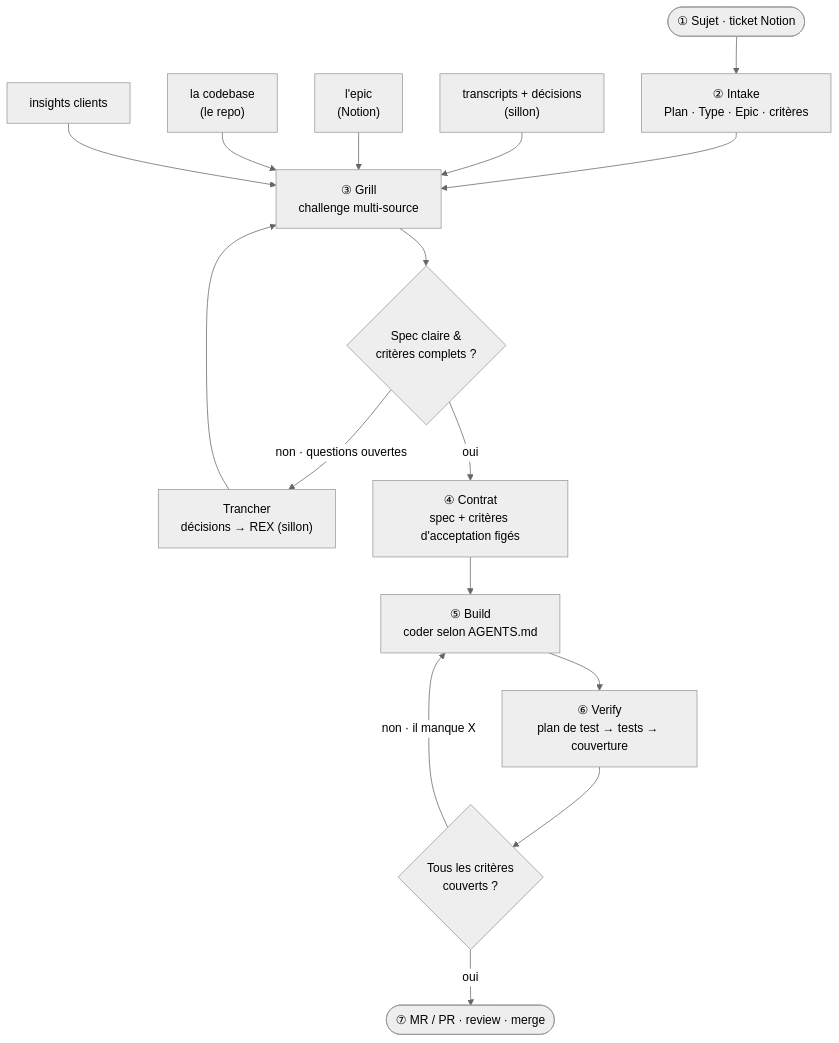
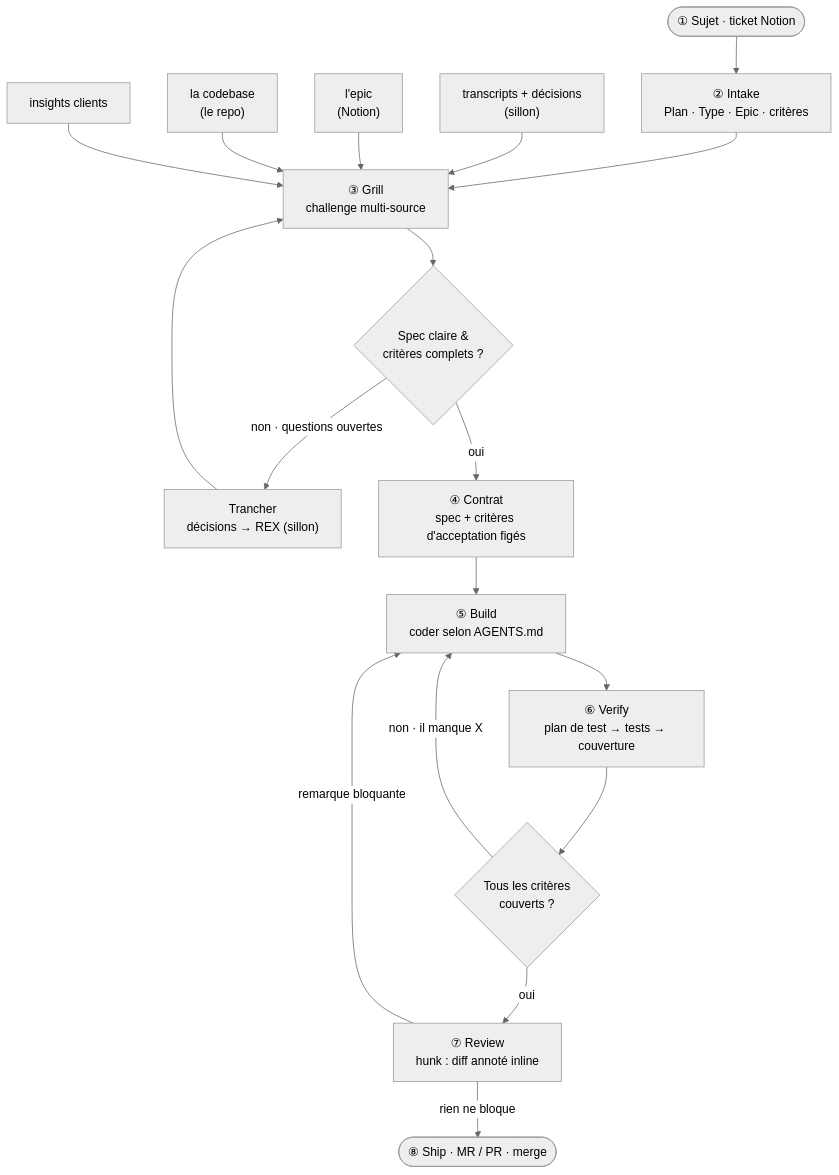
The diagram in WORKFLOW.md (Skayfa/dotfiles), drawn with Mermaid (neutral theme) before and after one commit. The commit also changed other lines of this file and 8 other files, not shown here.

First line of the commit message:
hunk: review-first diff viewer + inline agent annotations

````diff
--- a/WORKFLOW.md
+++ b/WORKFLOW.md
@@ -5,21 +5,23 @@
 ```mermaid
 flowchart TD
     A(["① Sujet · ticket Notion"]) --> B["② Intake<br/>Plan · Type · Epic · critères"]
     B --> C["③ Grill<br/>challenge multi-source"]
 
     S1["transcripts + décisions<br/>(sillon)"] --> C
     S2["l'epic<br/>(Notion)"] --> C
     S3["la codebase<br/>(le repo)"] --> C
     S4["insights clients"] --> C
 
     C --> D{"Spec claire &amp;<br/>critères complets ?"}
     D -->|"non · questions ouvertes"| E["Trancher<br/>décisions → REX (sillon)"]
     E --> C
     D -->|"oui"| F["④ Contrat<br/>spec + critères d'acceptation figés"]
 
     F --> G["⑤ Build<br/>coder selon AGENTS.md"]
     G --> H["⑥ Verify<br/>plan de test → tests → couverture"]
     H --> I{"Tous les critères<br/>couverts ?"}
     I -->|"non · il manque X"| G
-    I -->|"oui"| J(["⑦ MR / PR · review · merge"])
+    I -->|"oui"| R["⑦ Review<br/>hunk : diff annoté inline"]
+    R -->|"remarque bloquante"| G
+    R -->|"rien ne bloque"| J(["⑧ Ship · MR / PR · merge"])
 ```
````
